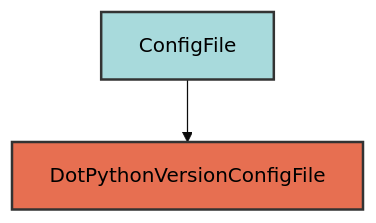
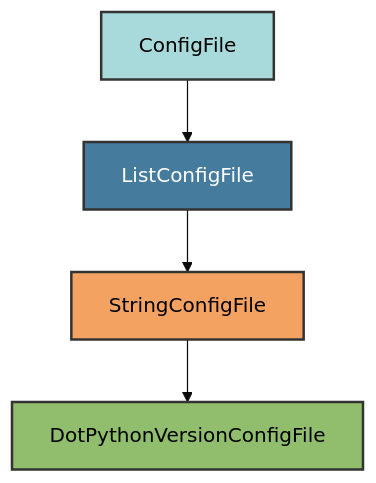
The diagram in docs/configs/dot_python_version.md (Winipedia/pyrig), drawn with Mermaid (base theme) before and after one commit.

````diff
--- a/docs/configs/dot_python_version.md
+++ b/docs/configs/dot_python_version.md
@@ -18,7 +18,11 @@
 ```mermaid
 graph TD
-    A[ConfigFile] --> B[DotPythonVersionConfigFile]
+    A[ConfigFile] --> B[ListConfigFile]
+    B --> C[StringConfigFile]
+    C --> D[DotPythonVersionConfigFile]
 
     style A fill:#a8dadc,stroke:#333,stroke-width:2px,color:#000
-    style B fill:#e76f51,stroke:#333,stroke-width:2px,color:#000
+    style B fill:#457b9d,stroke:#333,stroke-width:2px,color:#fff
+    style C fill:#f4a261,stroke:#333,stroke-width:2px,color:#000
+    style D fill:#90be6d,stroke:#333,stroke-width:2px,color:#000
 ```
````
